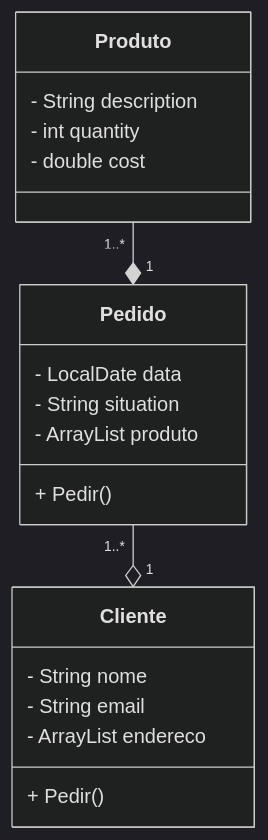
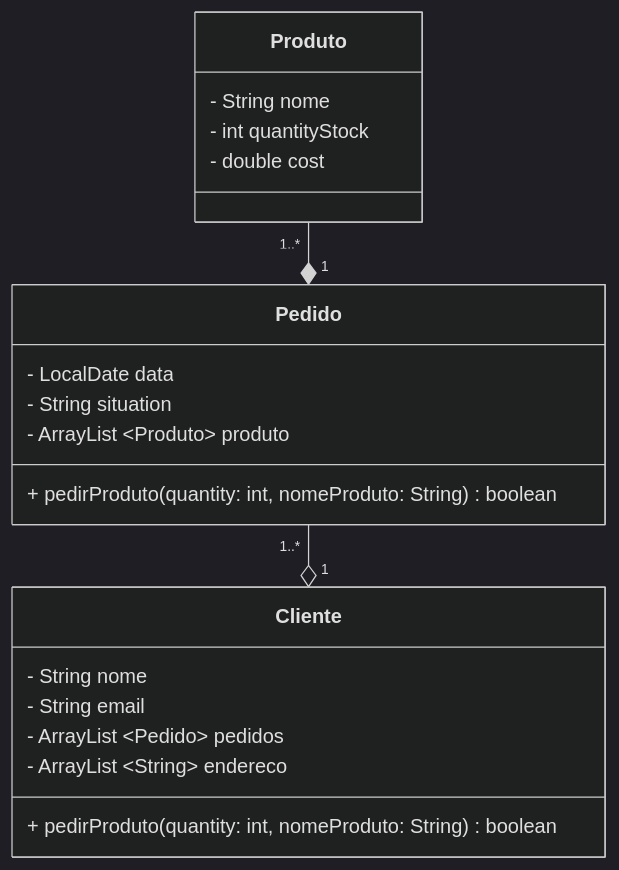
One commit to Aluno55/POO changed the diagram in lab-04/app/src/main/java/engtelecom/poo/README.md. Above: the diagram before and after it, drawn with Mermaid (dark theme). The commit also changed other lines of this file and 2 other files, not shown here.

````diff
--- a/lab-04/app/src/main/java/engtelecom/poo/README.md
+++ b/lab-04/app/src/main/java/engtelecom/poo/README.md
@@ -1,22 +2,23 @@
 ```mermaid
 classDiagram
     class Produto{
-        - String description
-        - int quantity
+        - String nome
+        - int quantityStock
         - double cost
     }
     Produto "1..*"--*"1" Pedido
     Pedido "1..*"--o"1" Cliente
     class Cliente{
         - String nome
         - String email
-        - ArrayList <String> endereco
-        + Pedir ()
+        - ArrayList ~Pedido~ pedidos
+        - ArrayList ~String~ endereco
+        + pedirProduto (quantity: int, nomeProduto: String) boolean
     }
     class Pedido{
         - LocalDate data
         - String situation
-        - ArrayList <Produto> produto
-        + Pedir ()
+        - ArrayList ~Produto~ produto
+        + pedirProduto (quantity: int, nomeProduto: String) boolean
     }
 ```
````
